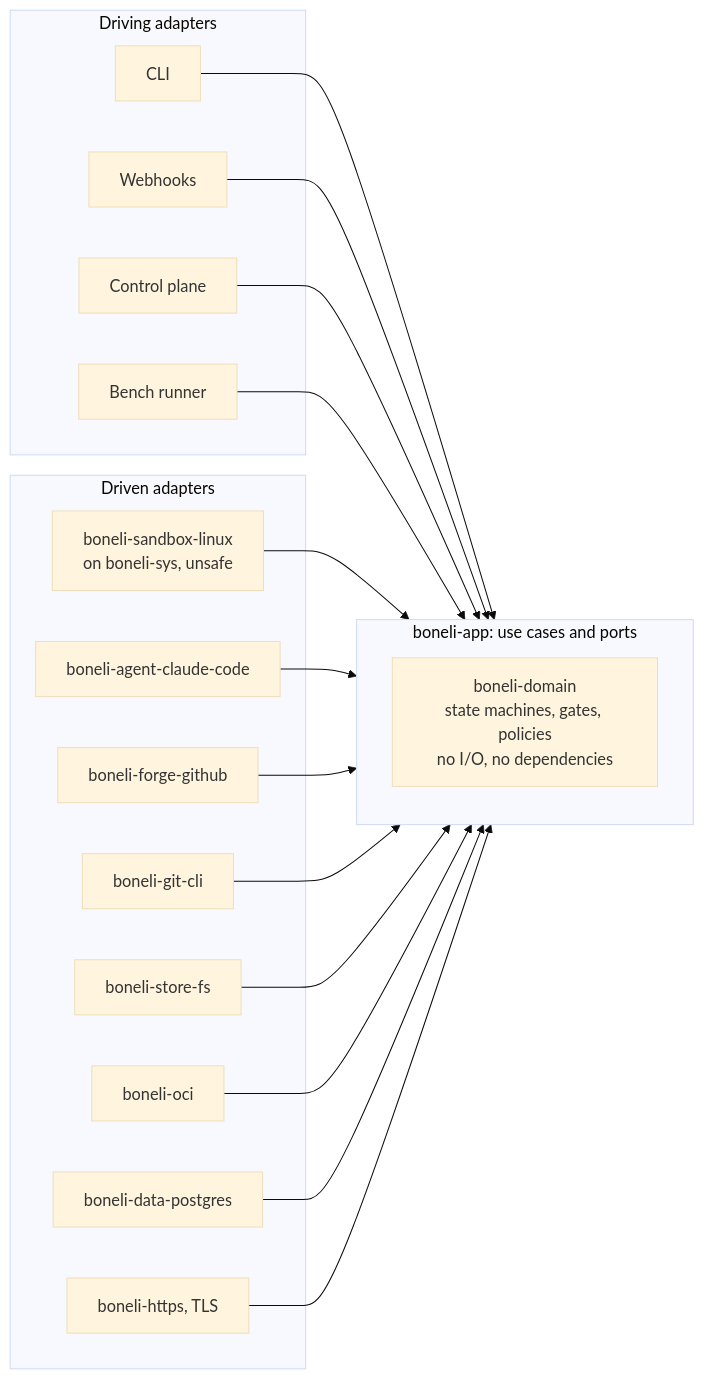
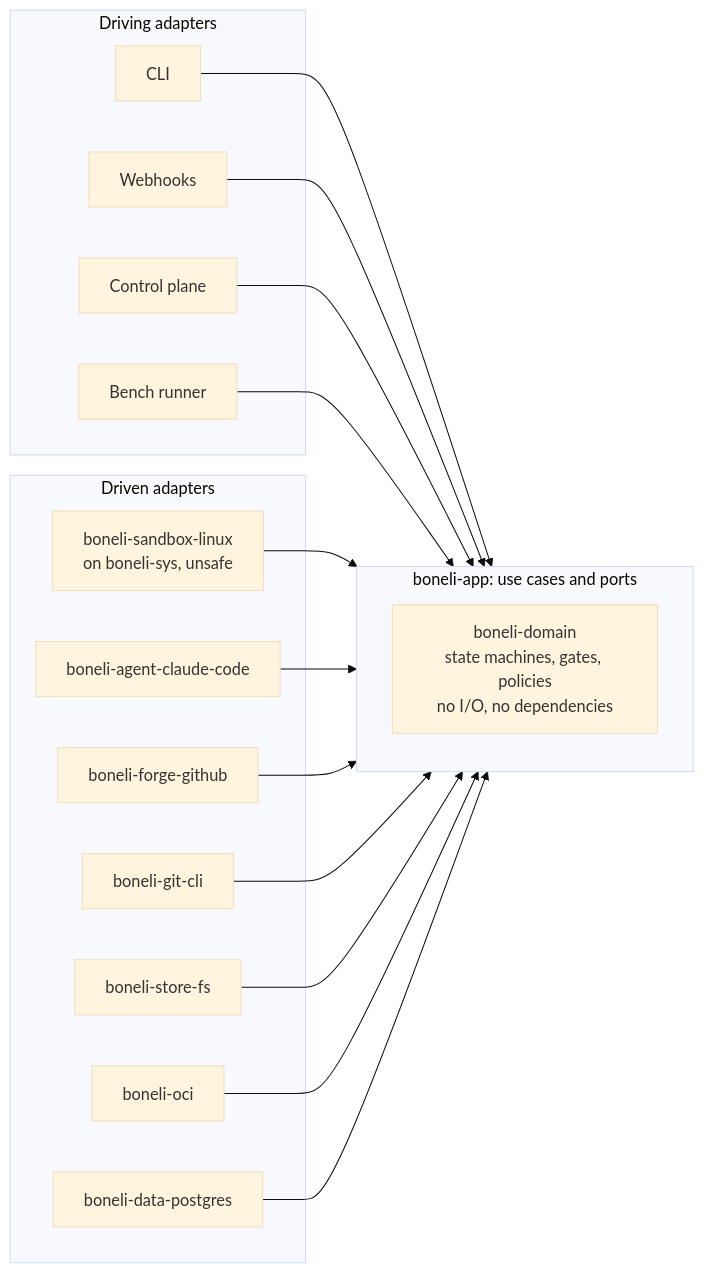
The second of 2 diagrams in docs/ARCHITECTURE.md (Replikanti/boneli), drawn with Mermaid (base theme) before and after one commit. The commit also changed other lines of this file and 13 other files, not shown here.

First line of the commit message:
Set up CI, Cargo workspace and architecture rules (#27)

````diff
--- a/docs/ARCHITECTURE.md
+++ b/docs/ARCHITECTURE.md
@@ -210,34 +192,32 @@
 ```mermaid
 flowchart LR
     subgraph driving["Driving adapters"]
         cli["CLI"]
         webhooks["Webhooks"]
         cp["Control plane"]
         bench["Bench runner"]
     end
     subgraph app["boneli-app: use cases and ports"]
         domain["boneli-domain<br/>state machines, gates, policies<br/>no I/O, no dependencies"]
     end
     subgraph driven["Driven adapters"]
         sandbox["boneli-sandbox-linux<br/>on boneli-sys, unsafe"]
         agentad["boneli-agent-claude-code"]
         forge["boneli-forge-github"]
         git["boneli-git-cli"]
         store["boneli-store-fs"]
         oci["boneli-oci"]
         data["boneli-data-postgres"]
-        https["boneli-https, TLS"]
     end
     cli --> app
     webhooks --> app
     cp --> app
     bench --> app
     sandbox --> app
     agentad --> app
     forge --> app
     git --> app
     store --> app
     oci --> app
     data --> app
-    https --> app
 ```
````
